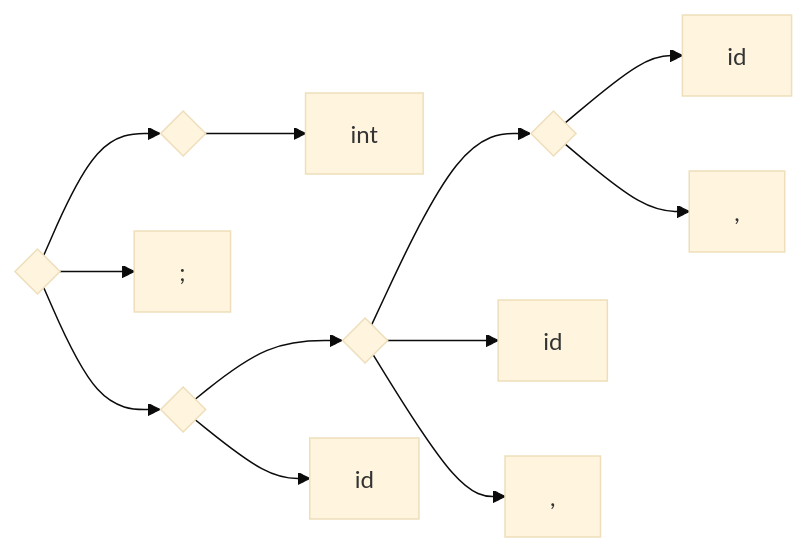
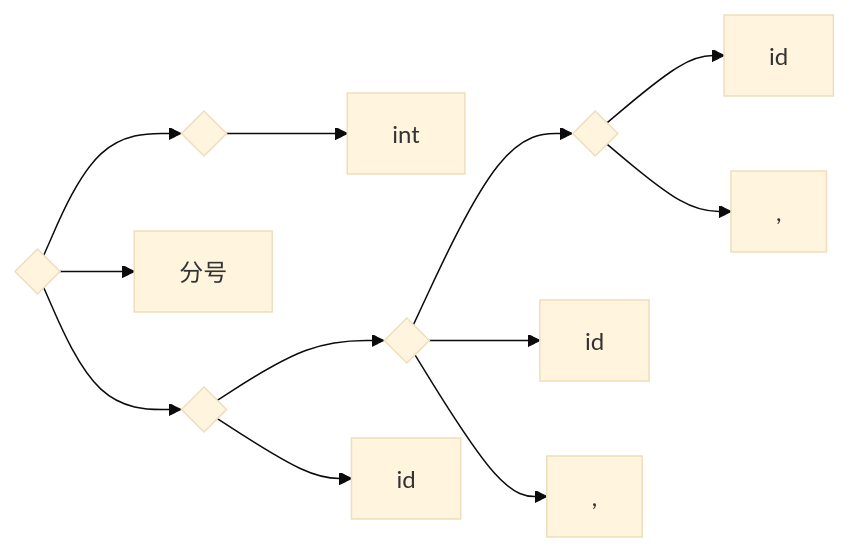
The diagram in docs/编译原理/s01_引论.md (widcardw/my-notes), drawn with Mermaid (base theme) before and after one commit. The commit also changed other lines of this file and 80 other files, not shown here.

````diff
--- a/docs/编译原理/s01_引论.md
+++ b/docs/编译原理/s01_引论.md
@@ -68,23 +68,23 @@
 ```mermaid
 graph LR
-D{<D>}
-T{<T>}
-com1[,]
-com2[,]
-IDS1{<IDS>}
-IDS2{<IDS>}
-IDS3{<IDS>}
-int[int]
-id1[id]
-id2[id]
-id3[id]
-D-->T-->int
-semi[";"]
-D-->semi
-D-->IDS1-->IDS2-->IDS3
-IDS1-->id1
-IDS2-->id2
-IDS2-->com1
-IDS3-->id3
-IDS3-->com2
+    D{<D>}
+    T{<T>}
+    com1[,]
+    com2[,]
+    IDS1{<IDS>}
+    IDS2{<IDS>}
+    IDS3{<IDS>}
+    int[int]
+    id1[id]
+    id2[id]
+    id3[id]
+    D-->T-->int
+    semi[分号]
+    D-->semi
+    D-->IDS1-->IDS2-->IDS3
+    IDS1-->id1
+    IDS2-->id2
+    IDS2-->com1
+    IDS3-->id3
+    IDS3-->com2
 ```
````
